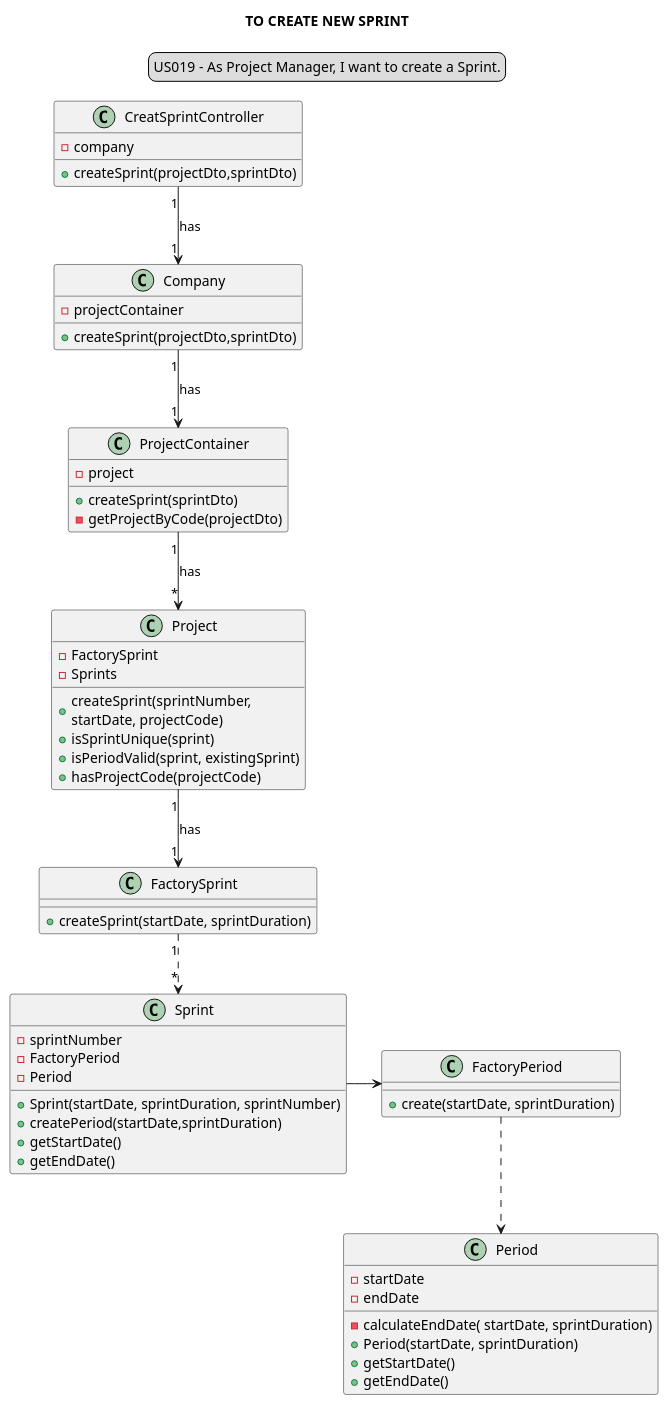
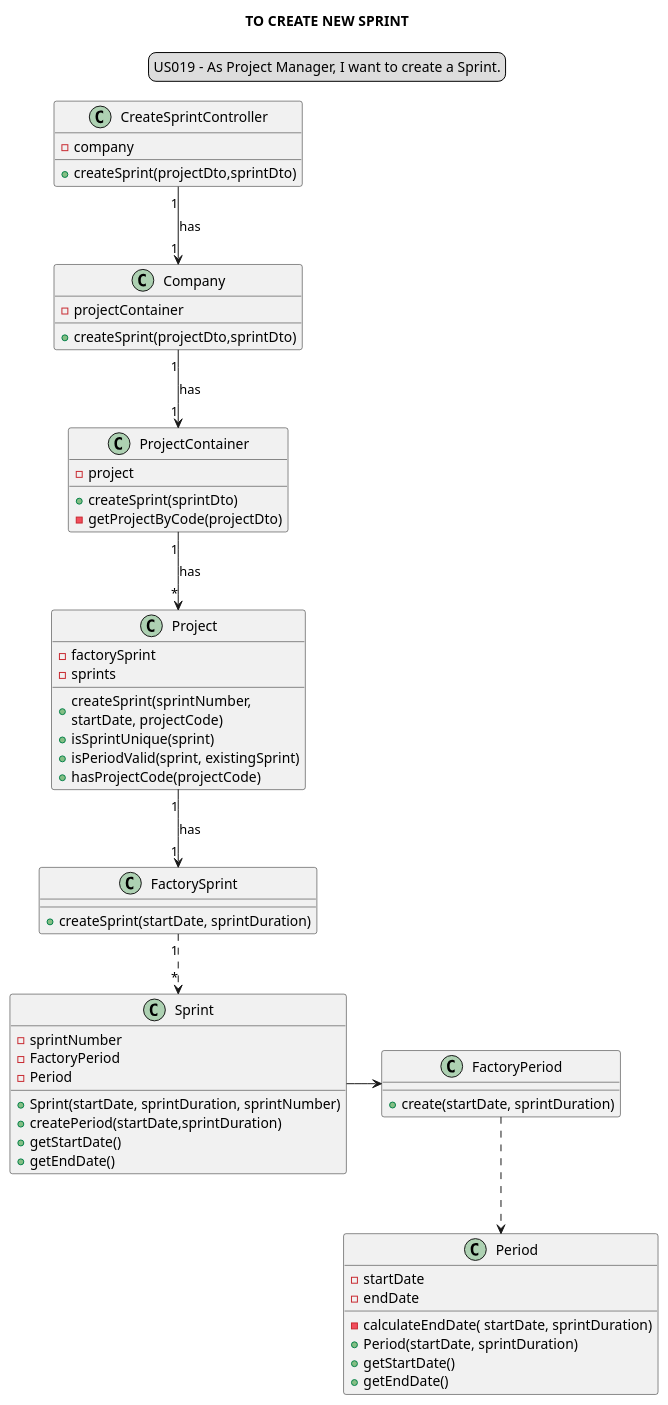
Before and after one commit to Loracline/project_switch_22-23: the diagram in docs/modelling_design/user_stories/sprint03/us019/US019_classDiagram.puml, drawn with PlantUML. The commit also changed 1 other file, not shown here.

Commit message:
NO US : Design : Refactoring of US019_classDiagram.puml and US021_classDiagram.puml : close #36

```diff
--- a/docs/modelling_design/user_stories/sprint03/us019/US019_classDiagram.puml
+++ b/docs/modelling_design/user_stories/sprint03/us019/US019_classDiagram.puml
@@ -1,69 +1,69 @@
 @startuml
 'https://plantuml.com/class-diagram
 skinparam sequenceMessageAlign center
 title TO CREATE NEW SPRINT
 legend top
 US019 - As Project Manager, I want to create a Sprint.
 end legend
 
-class CreatSprintController {
+class CreateSprintController {
 - company
 + createSprint(projectDto,sprintDto)
 }
-CreatSprintController "1"-->"1" Company: has
+CreateSprintController "1"-->"1" Company: has
 
 class Company {
 -projectContainer
 +createSprint(projectDto,sprintDto)
 }
 Company "1"-->"1" ProjectContainer : has
 
 class ProjectContainer {
 -project
 +createSprint(sprintDto)
 -getProjectByCode(projectDto)
 }
 ProjectContainer "1"-->"*" Project: has
 
 class Project {
--FactorySprint
--Sprints
+-factorySprint
+-sprints
 +createSprint(sprintNumber,\nstartDate, projectCode)
 +isSprintUnique(sprint)
 +isPeriodValid(sprint, existingSprint)
 +hasProjectCode(projectCode)
 }
 Project "1"-->"1" FactorySprint: has
 
 class FactorySprint {
 +createSprint(startDate, sprintDuration)
 }
 
 class Sprint {
 -sprintNumber
 -FactoryPeriod
 -Period
 +Sprint(startDate, sprintDuration, sprintNumber)
 +createPeriod(startDate,sprintDuration)
 +getStartDate()
 +getEndDate()
 }
 
 Sprint -> FactoryPeriod
 FactorySprint "1"..> "*"Sprint
 
 class FactoryPeriod {
 +create(startDate, sprintDuration)
 }
 
 FactoryPeriod ..> Period
 
 class Period {
 -startDate
 -endDate
 -calculateEndDate( startDate, sprintDuration)
 +Period(startDate, sprintDuration)
 +getStartDate()
 +getEndDate()
 }
 @enduml
```
